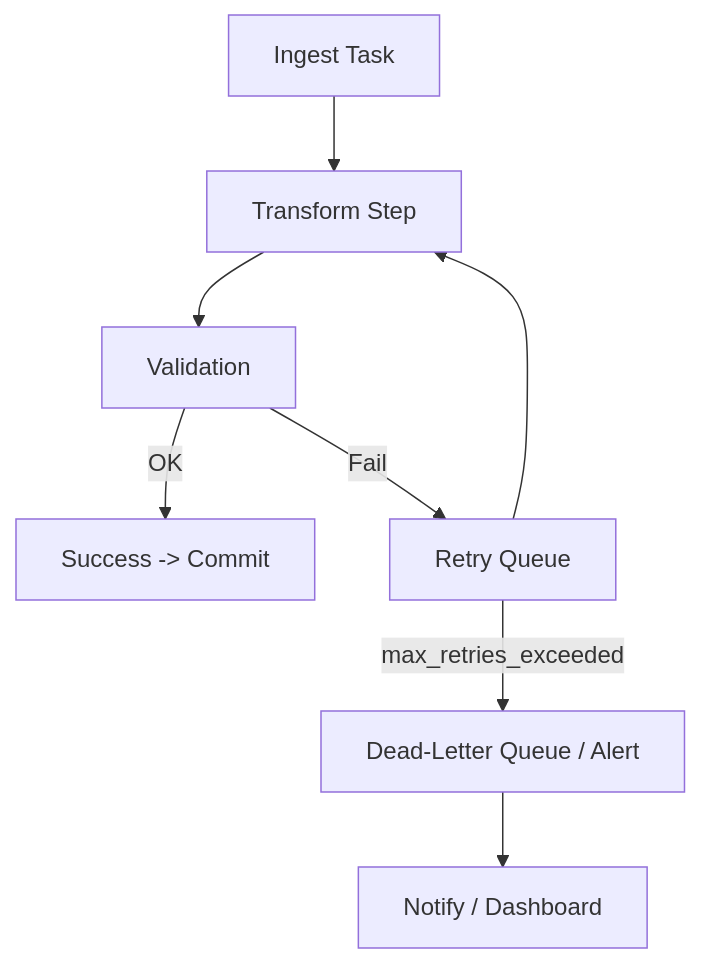
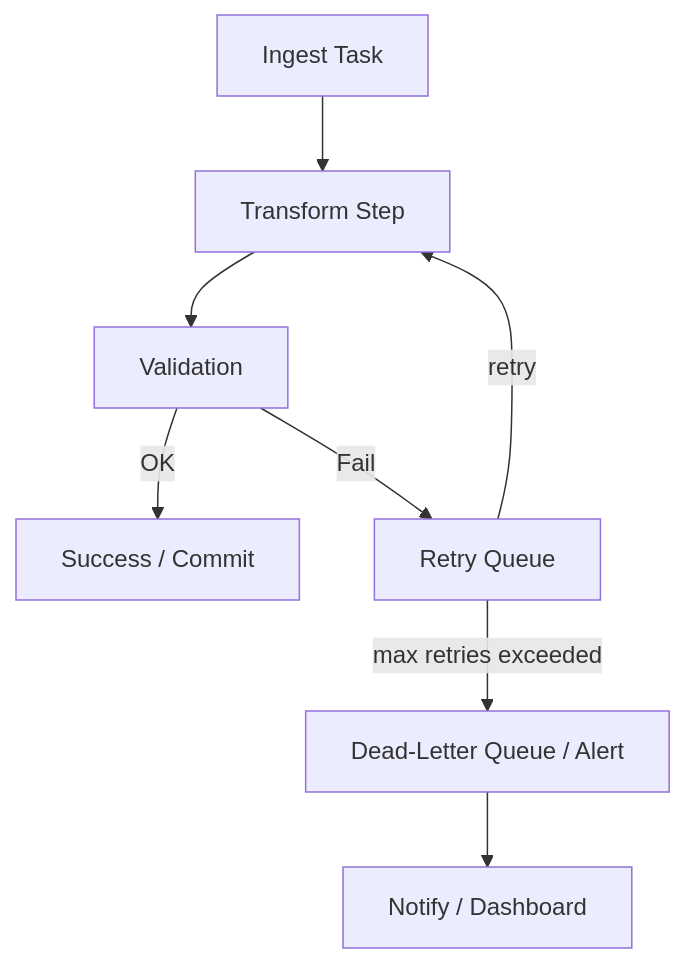
The fourth of 4 diagrams in whats-new/2025/1-openflow/diagrams.md (Tejustarr/snowflake-handbook), drawn with Mermaid before and after one commit. The commit also changed other lines of this file, not shown here.

````diff
--- a/whats-new/2025/1-openflow/diagrams.md
+++ b/whats-new/2025/1-openflow/diagrams.md
@@ -122,16 +117,16 @@
 ```mermaid
 flowchart TD
   Ingest[Ingest Task]
   Transform[Transform Step]
   Validate[Validation]
-  Success[Success -> Commit]
-  Retry[Retry Queue]
+  Success[Success / Commit]
+  RetryQueue[Retry Queue]
   DeadLetter[Dead-Letter Queue / Alert]
 
   Ingest --> Transform --> Validate
   Validate -->|OK| Success
-  Validate -->|Fail| Retry
-  Retry -->|max_retries_exceeded| DeadLetter
-  Retry --> Transform
+  Validate -->|Fail| RetryQueue
+  RetryQueue -->|retry| Transform
+  RetryQueue -->|max retries exceeded| DeadLetter
   DeadLetter --> Alert[Notify / Dashboard]
 ```
````
